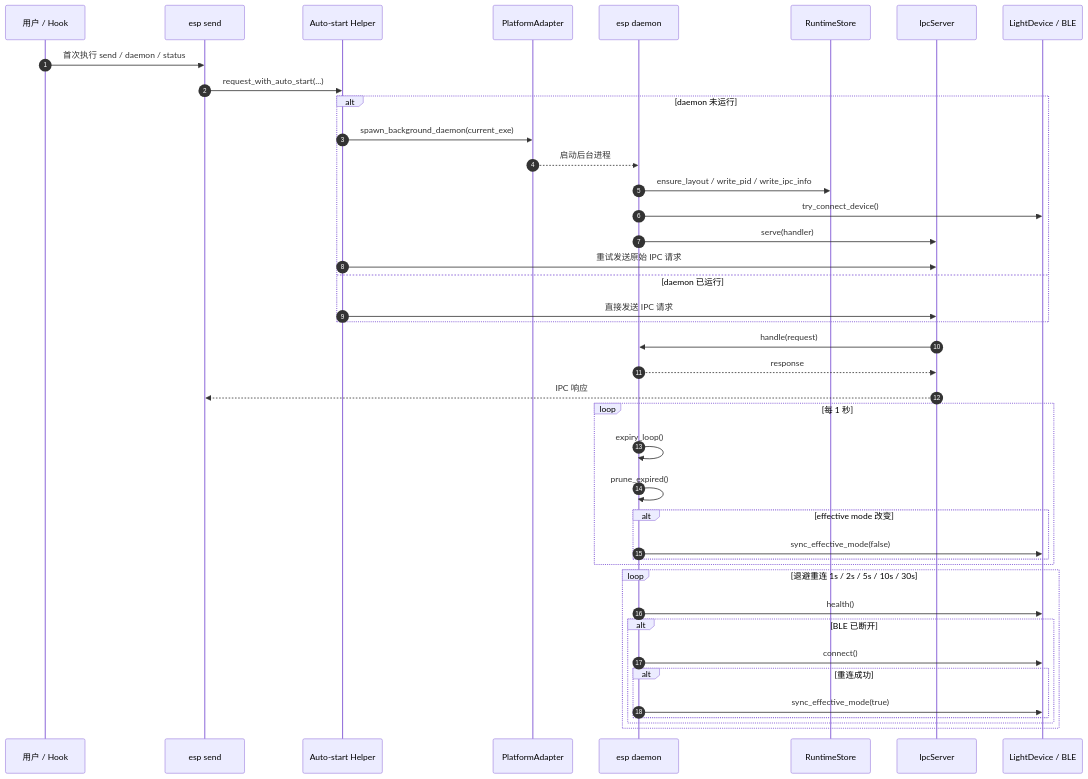
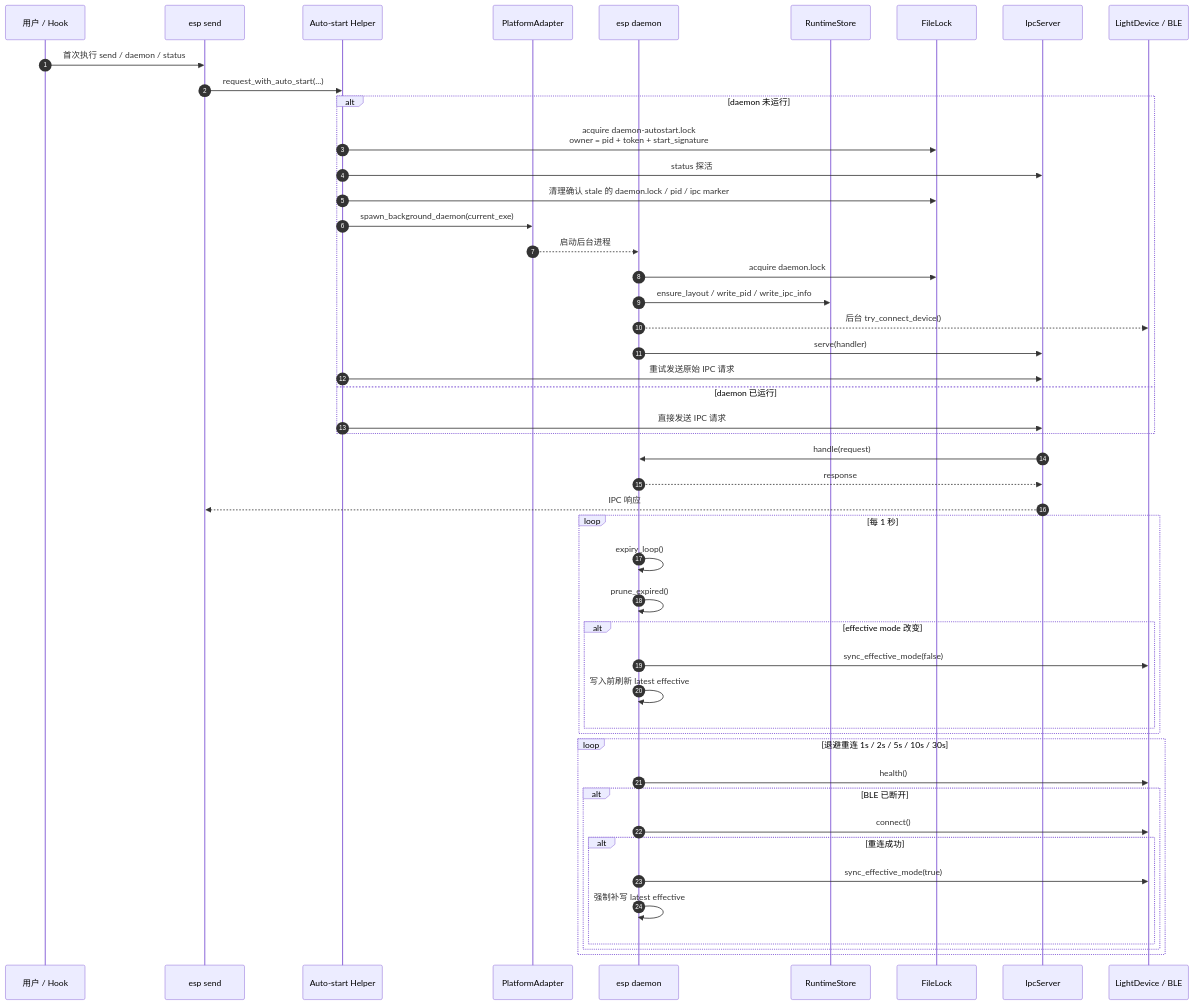
One commit to wangbosire/esp_agent_status_light changed the fourth of 11 diagrams in docs/ARCHITECTURE.md. Above: the diagram before and after it, drawn with Mermaid. The commit also changed other lines of this file and 7 other files, not shown here.

````diff
--- a/docs/ARCHITECTURE.md
+++ b/docs/ARCHITECTURE.md
@@ -170,46 +177,53 @@
 ```mermaid
 sequenceDiagram
     autonumber
     participant User as 用户 / Hook
     participant Send as esp send
     participant Boot as Auto-start Helper
     participant Platform as PlatformAdapter
     participant Daemon as esp daemon
     participant Runtime as RuntimeStore
+    participant Lock as FileLock
     participant Server as IpcServer
     participant Device as LightDevice / BLE
 
     User->>Send: 首次执行 send / daemon / status
     Send->>Boot: request_with_auto_start(...)
     alt daemon 未运行
+        Boot->>Lock: acquire daemon-autostart.lock<br/>owner = pid + token + start_signature
+        Boot->>Server: status 探活
+        Boot->>Lock: 清理确认 stale 的 daemon.lock / pid / ipc marker
         Boot->>Platform: spawn_background_daemon(current_exe)
         Platform-->>Daemon: 启动后台进程
+        Daemon->>Lock: acquire daemon.lock
         Daemon->>Runtime: ensure_layout / write_pid / write_ipc_info
-        Daemon->>Device: try_connect_device()
+        Daemon-->>Device: 后台 try_connect_device()
         Daemon->>Server: serve(handler)
         Boot->>Server: 重试发送原始 IPC 请求
     else daemon 已运行
         Boot->>Server: 直接发送 IPC 请求
     end
     Server->>Daemon: handle(request)
     Daemon-->>Server: response
     Server-->>Send: IPC 响应
 
     loop 每 1 秒
         Daemon->>Daemon: expiry_loop()
         Daemon->>Daemon: prune_expired()
         alt effective mode 改变
             Daemon->>Device: sync_effective_mode(false)
+            Daemon->>Daemon: 写入前刷新 latest effective
         end
     end
 
     loop 退避重连 1s / 2s / 5s / 10s / 30s
         Daemon->>Device: health()
         alt BLE 已断开
             Daemon->>Device: connect()
             alt 重连成功
                 Daemon->>Device: sync_effective_mode(true)
+                Daemon->>Daemon: 强制补写 latest effective
             end
         end
     end
 ```
````
